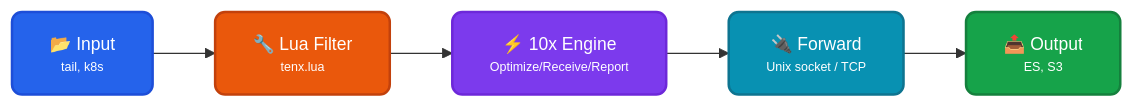
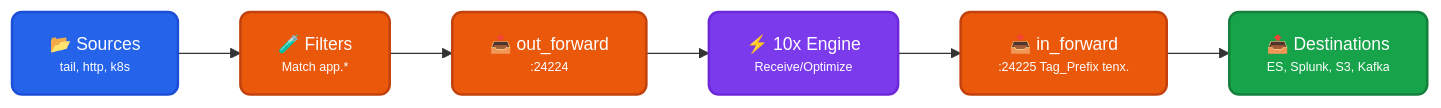
Before and after one commit to log-10x/modules: the diagram in pipelines/run/modules/input/forwarder/fluentbit/doc.md, drawn with Mermaid. The commit also changed other lines of this file and 149 other files, not shown here.

````diff
--- a/pipelines/run/modules/input/forwarder/fluentbit/doc.md
+++ b/pipelines/run/modules/input/forwarder/fluentbit/doc.md
@@ -11,20 +11,20 @@
 ```mermaid
 graph LR
-    A["<div style='font-size: 14px;'>📂 Input</div><div style='font-size: 10px;'>tail, k8s</div>"] --> B["<div style='font-size: 14px;'>🔧 Lua Filter</div><div style='font-size: 10px;'>tenx.lua</div>"]
-    B --> E["<div style='font-size: 14px;'>⚡ 10x Engine</div><div style='font-size: 10px;'>Optimize/Receive/Report</div>"]
-    E --> C["<div style='font-size: 14px;'>🔌 Forward</div><div style='font-size: 10px;'>Unix socket / TCP</div>"]
-    C --> D["<div style='font-size: 14px;'>📤 Output</div><div style='font-size: 10px;'>ES, S3</div>"]
+    A["<div style='font-size: 14px;'>📂 Sources</div><div style='font-size: 10px;'>tail, http, k8s</div>"] --> F["<div style='font-size: 14px;'>🧪 Filters</div><div style='font-size: 10px;'>Match app.*</div>"]
+    F --> B["<div style='font-size: 14px;'>📤 out_forward</div><div style='font-size: 10px;'>:24224</div>"]
+    B --> E["<div style='font-size: 14px;'>⚡ 10x Engine</div><div style='font-size: 10px;'>Receive/Optimize</div>"]
+    E --> C["<div style='font-size: 14px;'>📥 in_forward</div><div style='font-size: 10px;'>:24225 Tag_Prefix tenx.</div>"]
+    C --> D["<div style='font-size: 14px;'>📤 Destinations</div><div style='font-size: 10px;'>ES, Splunk, S3, Kafka</div>"]
 
     classDef input fill:#2563eb,stroke:#1d4ed8,color:#ffffff,stroke-width:2px,rx:8,ry:8
     classDef filter fill:#ea580c,stroke:#c2410c,color:#ffffff,stroke-width:2px,rx:8,ry:8
-    classDef socket fill:#0891b2,stroke:#0e7490,color:#ffffff,stroke-width:2px,rx:8,ry:8
-
+    classDef engine fill:#7c3aed,stroke:#6d28d9,color:#ffffff,stroke-width:2px,rx:8,ry:8
     classDef output fill:#16a34a,stroke:#15803d,color:#ffffff,stroke-width:2px,rx:8,ry:8
-    classDef engine fill:#7c3aed,stroke:#6d28d9,color:#ffffff,stroke-width:2px,rx:8,ry:8
 
     class A input
     class B filter
-    class C socket
+    class C filter
     class D output
     class E engine
+    class F filter
 ```
````
